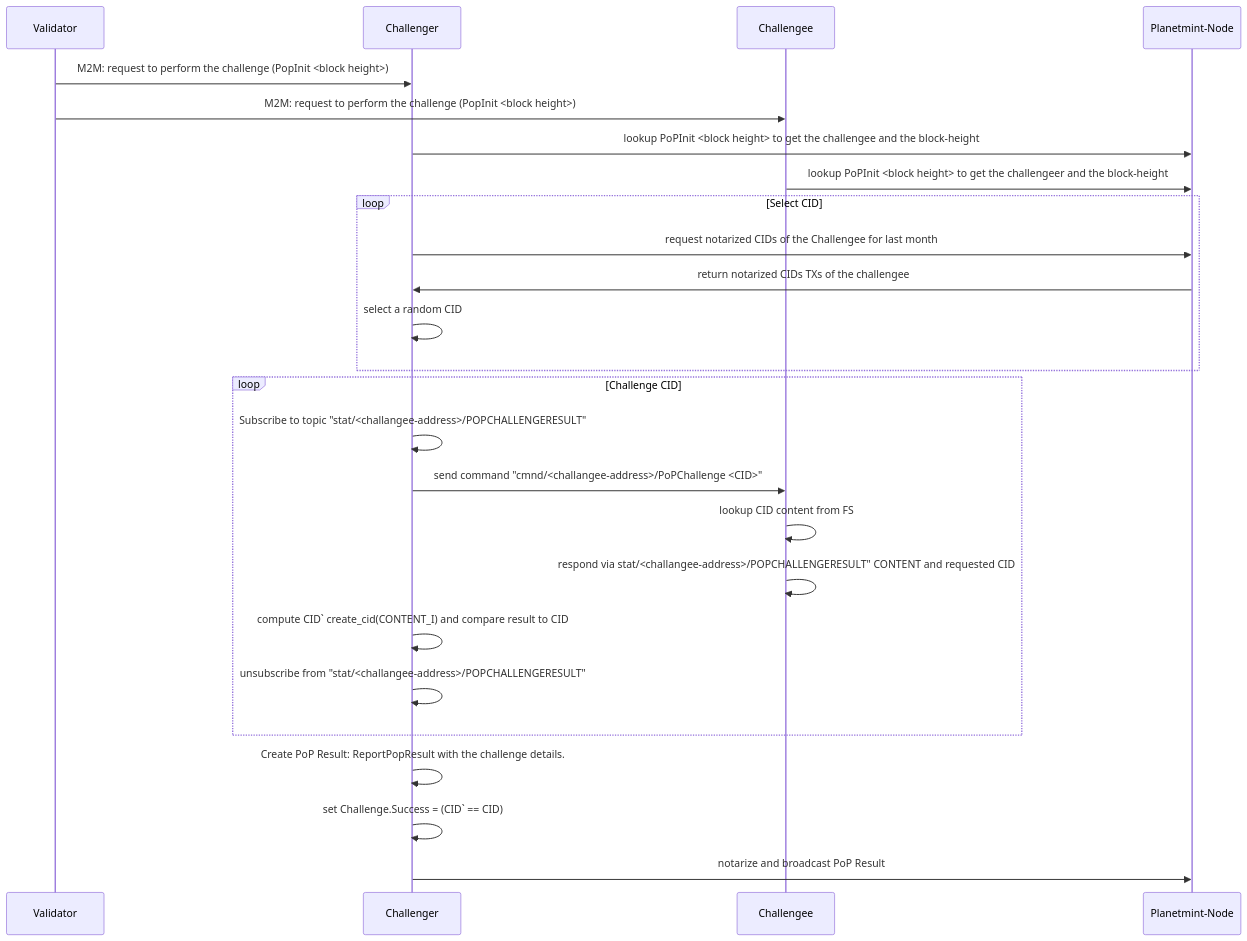
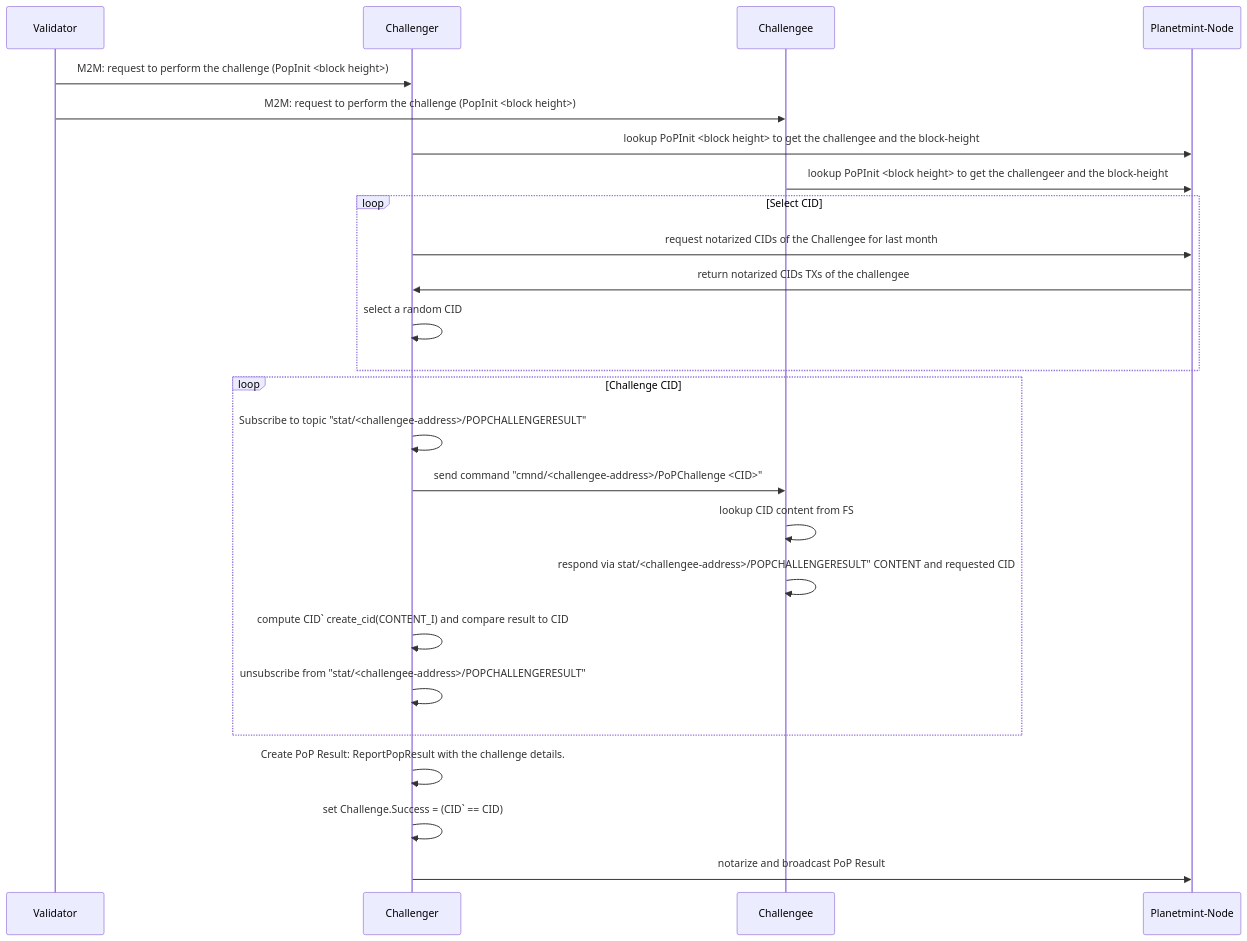
The diagram in basics/proof-of-productivity/challenge-response.md (rddl-network/docs), drawn with Mermaid before and after one commit. The commit also changed other lines of this file and 20 other files, not shown here.

````diff
--- a/basics/proof-of-productivity/challenge-response.md
+++ b/basics/proof-of-productivity/challenge-response.md
@@ -27,35 +27,35 @@
 ```mermaid
 sequenceDiagram
 participant Validator
 participant Challenger
 participant Challengee
 Participant Planetmint-Node
 
 Validator->>Challenger: M2M: request to perform the challenge (PopInit <block height>)
 Validator->>Challengee: M2M: request to perform the challenge (PopInit <block height>)
 
 Challenger->>Planetmint-Node: lookup PoPInit <block height> to get the challengee and the block-height
 Challengee->>Planetmint-Node: lookup PoPInit <block height> to get the challengeer and the block-height
 
 
 
 loop Select CID
 Challenger->>Planetmint-Node: request notarized CIDs of the Challengee for last month
 Planetmint-Node->>Challenger: return notarized CIDs TXs of the challengee
 Challenger->>Challenger: select a random CID
 end 
 
 loop Challenge CID
-Challenger->>Challenger: Subscribe to topic "stat/<challangee-address>/POPCHALLENGERESULT"
-Challenger->>Challengee: send command "cmnd/<challangee-address>/PoPChallenge <CID>"
+Challenger->>Challenger: Subscribe to topic "stat/<challengee-address>/POPCHALLENGERESULT"
+Challenger->>Challengee: send command "cmnd/<challengee-address>/PoPChallenge <CID>"
 Challengee->>Challengee: lookup CID content from FS
-Challengee->>Challengee: respond via stat/<challangee-address>/POPCHALLENGERESULT" CONTENT and requested CID
+Challengee->>Challengee: respond via stat/<challengee-address>/POPCHALLENGERESULT" CONTENT and requested CID
 Challenger->>Challenger: compute CID` create_cid(CONTENT_I) and compare result to CID
-Challenger->>Challenger: unsubscribe from "stat/<challangee-address>/POPCHALLENGERESULT"
+Challenger->>Challenger: unsubscribe from "stat/<challengee-address>/POPCHALLENGERESULT"
 end
 
 Challenger->>Challenger: Create PoP Result: ReportPopResult with the challenge details.
 Challenger->>Challenger: set Challenge.Success = (CID` == CID)
 Challenger->>Planetmint-Node: notarize and broadcast PoP Result
 
 ```
````
